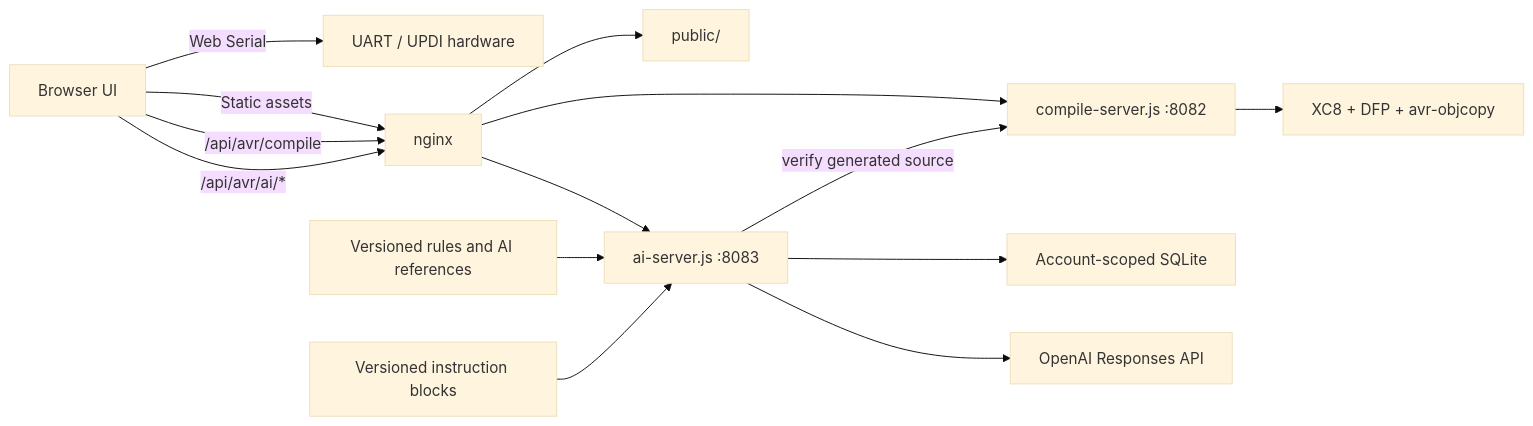
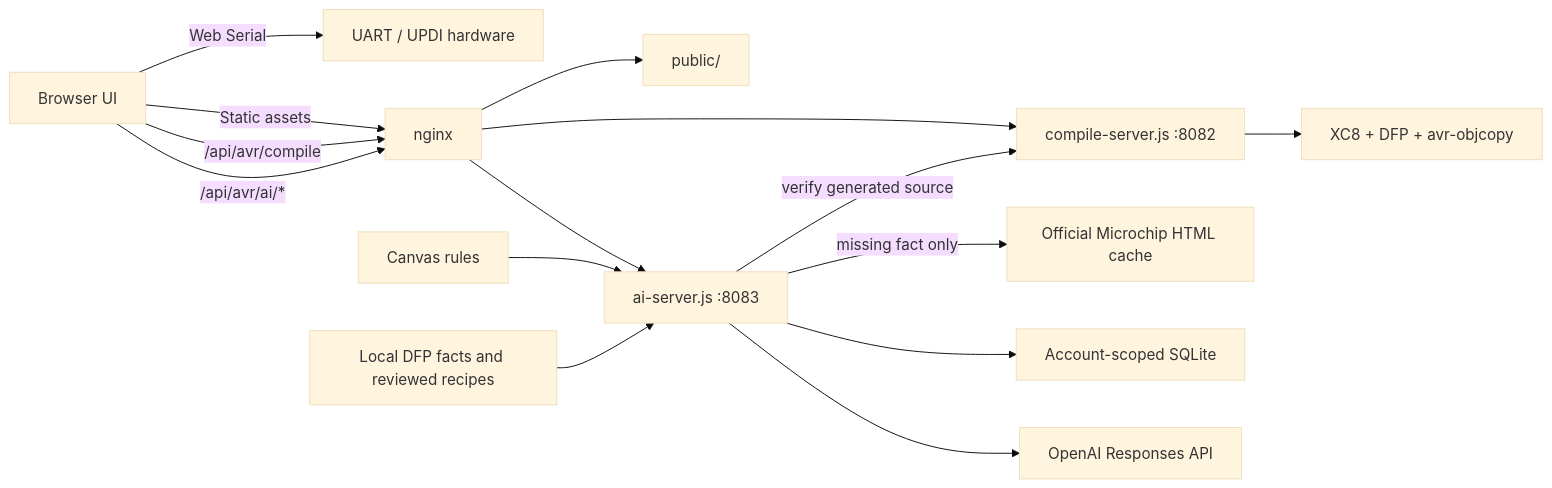
Before and after one commit to K1LLERV1PV2/uartdebug: the diagram in README.md, drawn with Mermaid (base theme). The commit also changed other lines of this file and 83 other files, not shown here.

First line of the commit message:
Replace AVR chat with a shared canvas and local device recipes (#29)

````diff
--- a/README.md
+++ b/README.md
@@ -91,16 +82,17 @@
 ```mermaid
 flowchart LR
   Browser[Browser UI] -->|Web Serial| Hardware[UART / UPDI hardware]
   Browser -->|Static assets| Nginx[nginx]
   Browser -->|/api/avr/compile| Nginx
   Browser -->|/api/avr/ai/*| Nginx
   Nginx --> Static[public/]
   Nginx --> Compiler[compile-server.js :8082]
   Compiler --> Toolchain[XC8 + DFP + avr-objcopy]
   Nginx --> AI[ai-server.js :8083]
-  Rules[Versioned rules and AI references] --> AI
-  Skills[Versioned instruction blocks] --> AI
+  Rules[Canvas rules] --> AI
+  Knowledge[Local DFP facts and reviewed recipes] --> AI
+  AI -->|missing fact only| Docs[Official Microchip HTML cache]
   AI --> AccessDB[Account-scoped SQLite]
   AI --> OpenAI[OpenAI Responses API]
   AI -->|verify generated source| Compiler
 ```
````
